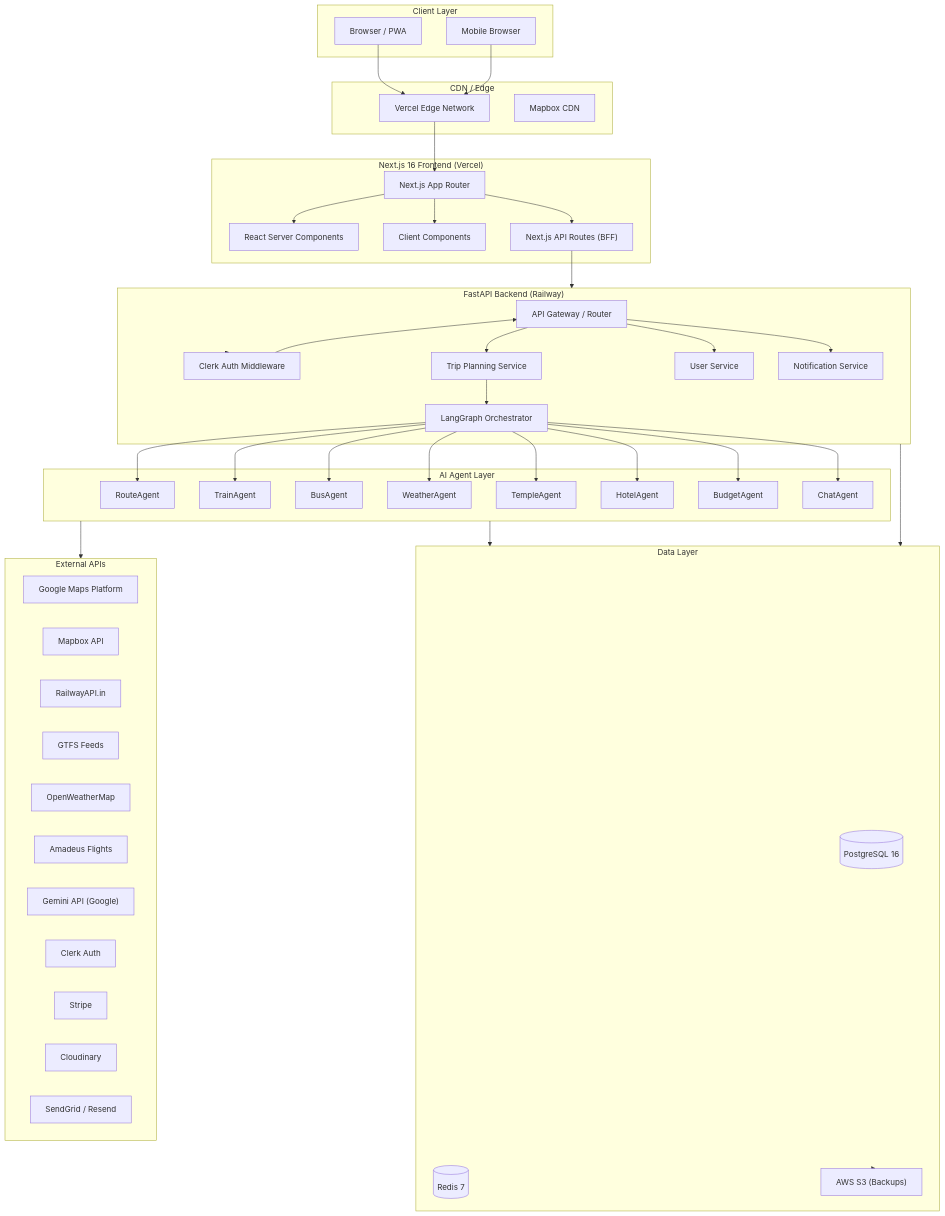
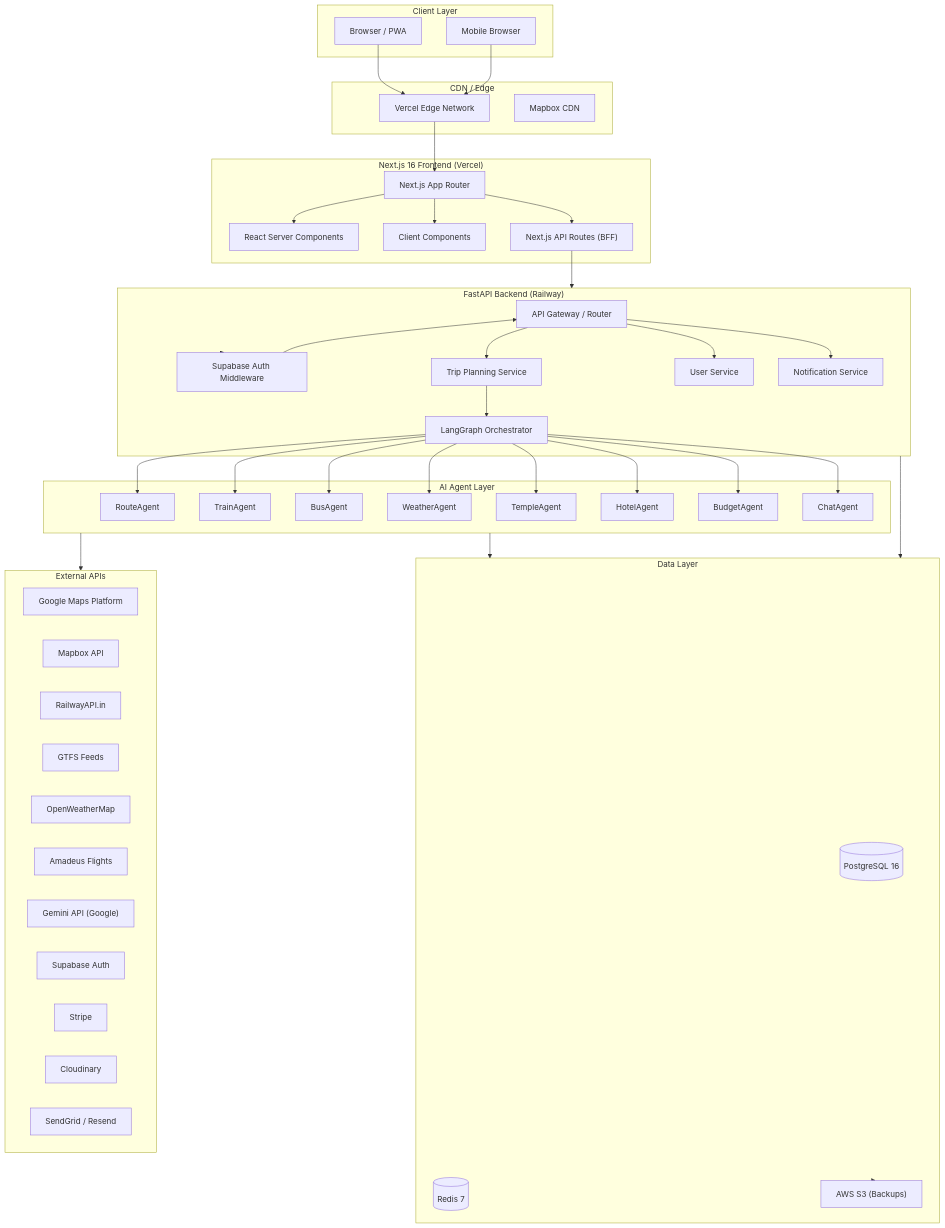
One commit to ayushrai1235/TravelMate changed the first of 3 diagrams in docs/04-architecture/Architecture.md. Above: the diagram before and after it, drawn with Mermaid. The commit also changed other lines of this file and 77 other files, not shown here.

Commit message:
feat: initialize core backend architecture and documentation for TravelMate API service

```diff
--- a/docs/04-architecture/Architecture.md
+++ b/docs/04-architecture/Architecture.md
@@ -42,7 +42,7 @@
 
     subgraph Backend["FastAPI Backend (Railway)"]
         APIGateway["API Gateway / Router"]
-        AuthMiddleware["Clerk Auth Middleware"]
+        AuthMiddleware["Supabase Auth Middleware"]
         TripService["Trip Planning Service"]
         AgentOrchestrator["LangGraph Orchestrator"]
         UserService["User Service"]
@@ -74,7 +74,7 @@
         OpenWeather["OpenWeatherMap"]
         Amadeus["Amadeus Flights"]
         Gemini["Gemini API (Google)"]
-        Clerk["Clerk Auth"]
+        Supabase["Supabase Auth"]
         Stripe["Stripe"]
         Cloudinary["Cloudinary"]
         SendGrid["SendGrid / Resend"]
```
